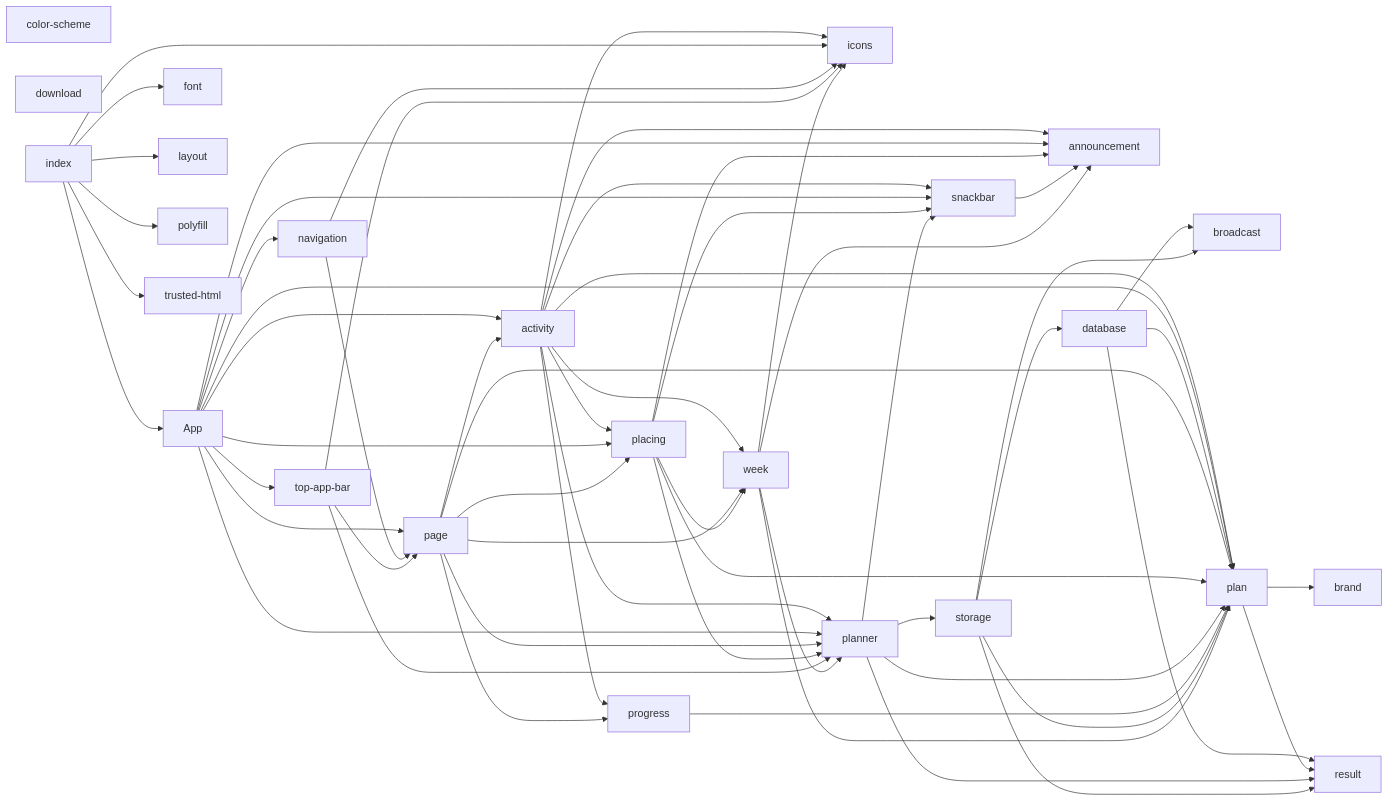
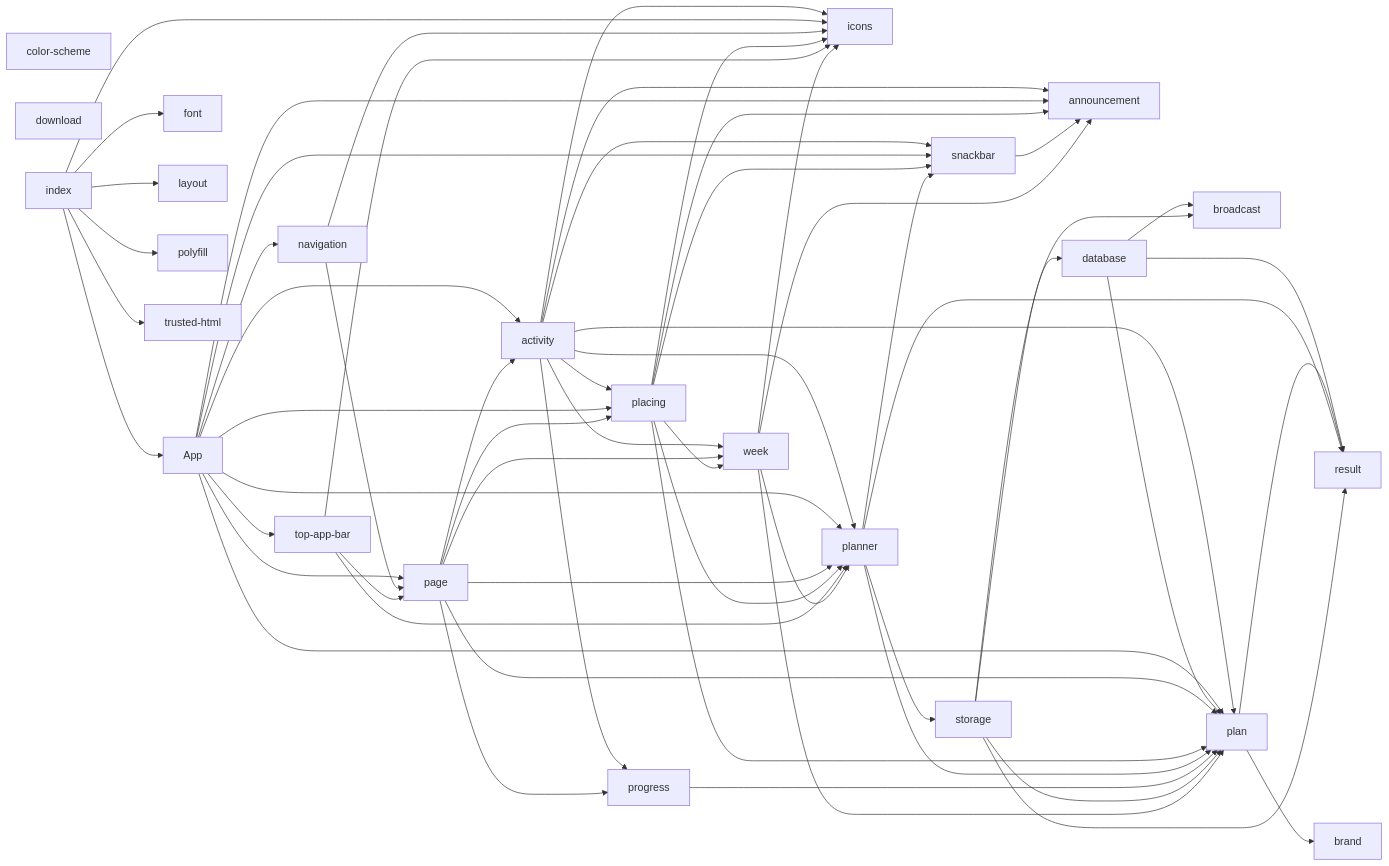
One commit to SantaClaas/week-budget-planner changed the diagram in docs/MODULES.md. Above: the diagram before and after it, drawn with Mermaid. The commit also changed 5 other files, not shown here.

```diff
--- a/docs/MODULES.md
+++ b/docs/MODULES.md
@@ -68,6 +68,7 @@
   module_page --> module_progress
   module_page --> module_week
   module_placing --> module_announcement
+  module_placing --> module_icons
   module_placing --> module_plan
   module_placing --> module_planner
   module_placing --> module_snackbar
```
